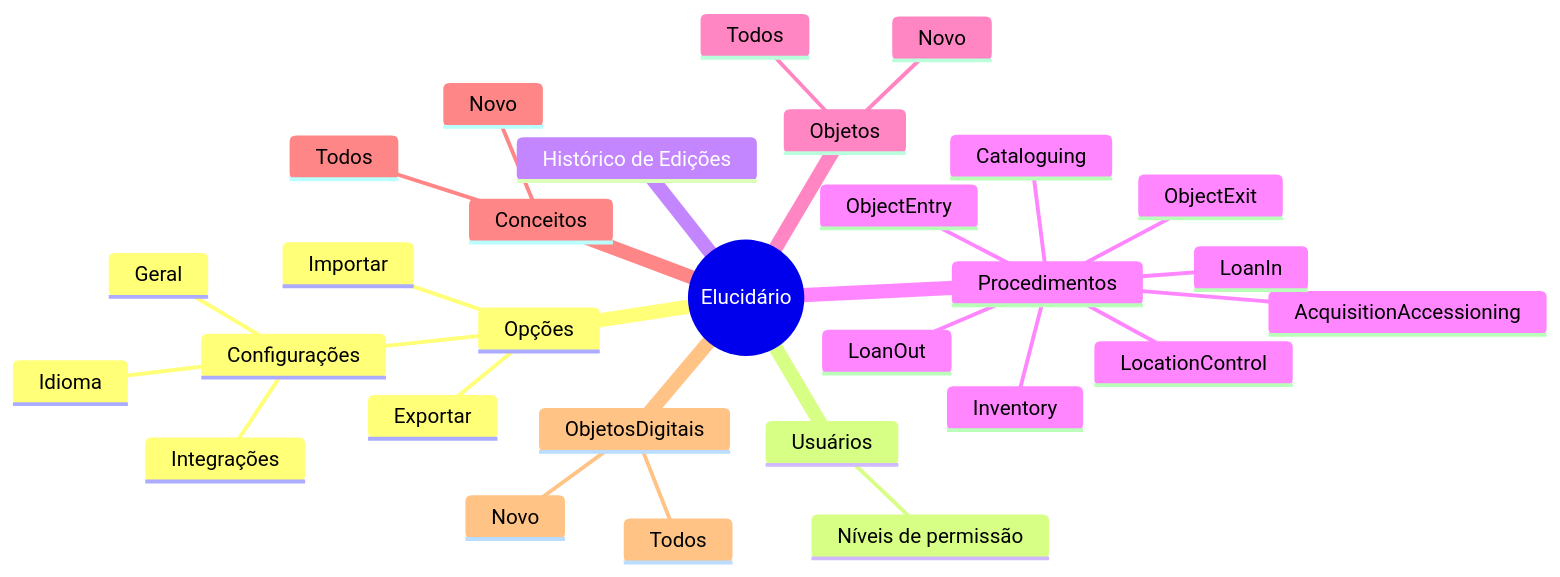
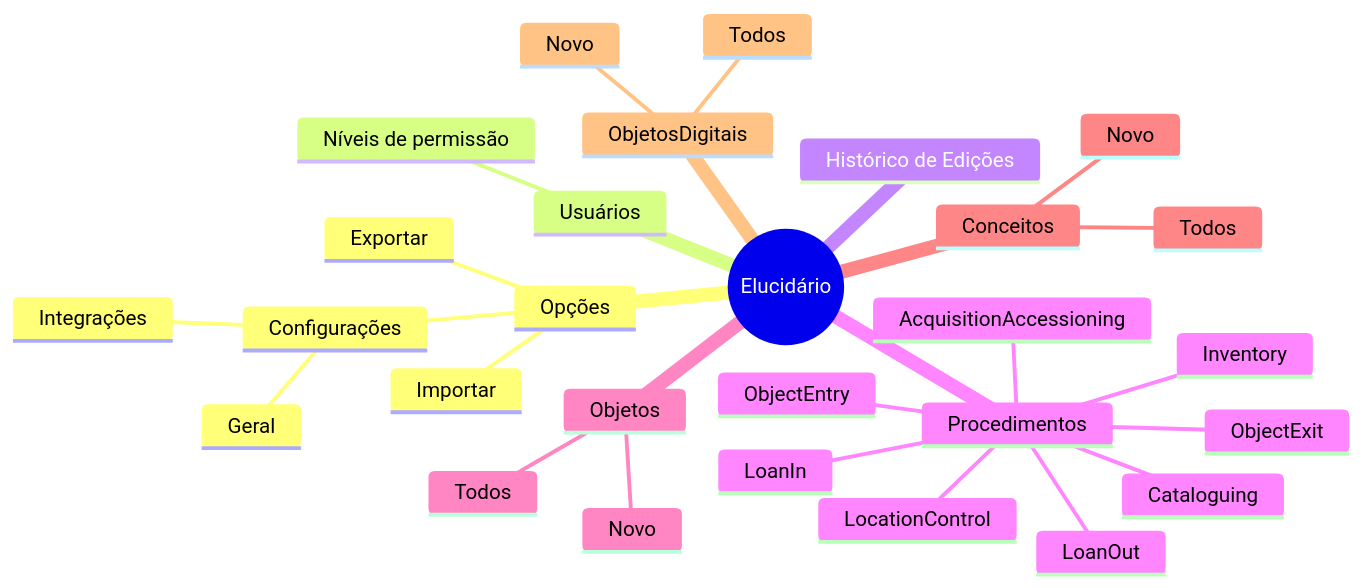
Before and after one commit to hgodinho/elucidario: the diagram in publications/dissertacao-mestrado/content/pt-br/elucidario/elucidario-mermaid.md, drawn with Mermaid. The commit also changed 8 other files, not shown here.

````diff
--- a/publications/dissertacao-mestrado/content/pt-br/elucidario/elucidario-mermaid.md
+++ b/publications/dissertacao-mestrado/content/pt-br/elucidario/elucidario-mermaid.md
@@ -1,34 +1,32 @@
 ```mermaid
     mindmap
         root((Elucidário))
             Opções
                 Importar
                 Exportar
                 Configurações
                     Geral
                     Integrações
-                    Idioma
             Usuários
                 Níveis de permissão
             Histórico de Edições
             Procedimentos
                 ObjectEntry
                 AcquisitionAccessioning
                 LocationControl
                 Inventory
                 Cataloguing
                 ObjectExit
                 LoanIn
                 LoanOut
             Objetos
                 Todos
                 Novo
             Conceitos
                 Todos
                 Novo
             ObjetosDigitais
                 Todos
                 Novo
 
-
 ```
````
